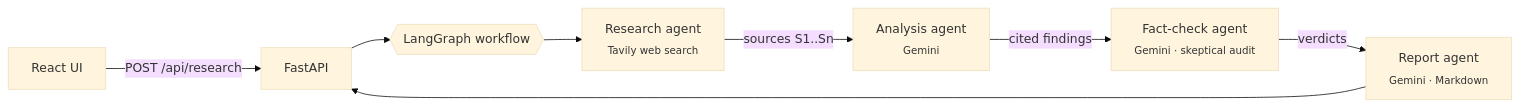
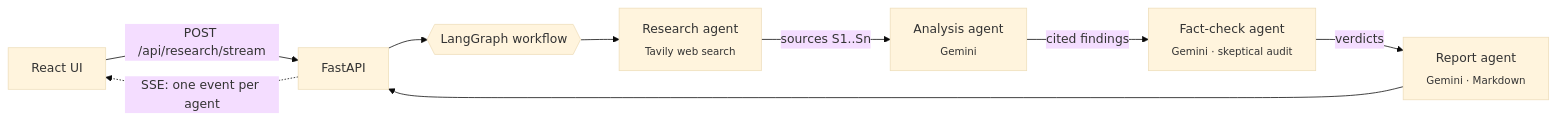
Before and after one commit to mananbatraa/researchpilot-ai: the diagram in README.md, drawn with Mermaid (base theme). The commit also changed other lines of this file and 13 other files, not shown here.

First line of the commit message:
Make deployable via env config and stream agent progress over SSE

````diff
--- a/README.md
+++ b/README.md
@@ -23,10 +23,11 @@
 ```mermaid
 flowchart LR
-    U[React UI] -->|POST /api/research| API[FastAPI]
+    U[React UI] -->|POST /api/research/stream| API[FastAPI]
     API --> G{{LangGraph workflow}}
     G --> R[Research agent<br/><sub>Tavily web search</sub>]
     R -->|sources S1..Sn| A[Analysis agent<br/><sub>Gemini</sub>]
     A -->|cited findings| F[Fact-check agent<br/><sub>Gemini · skeptical audit</sub>]
     F -->|verdicts| W[Report agent<br/><sub>Gemini · Markdown</sub>]
     W --> API
+    API -.->|SSE: one event per agent| U
 ```
````
